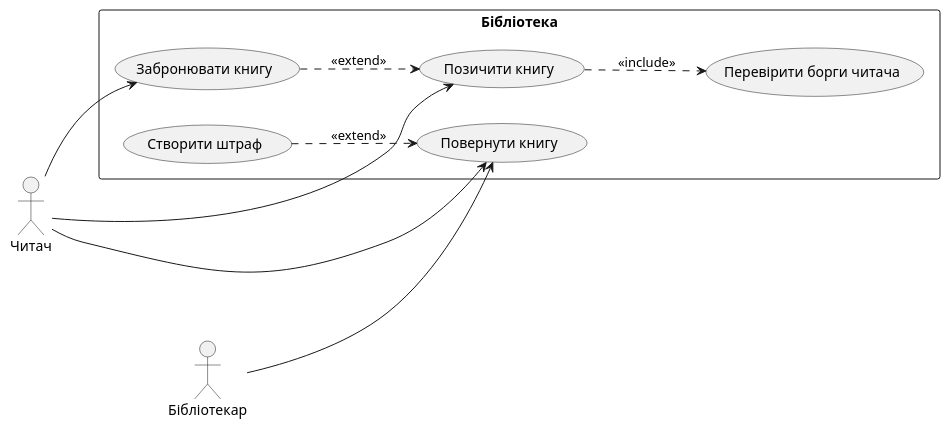
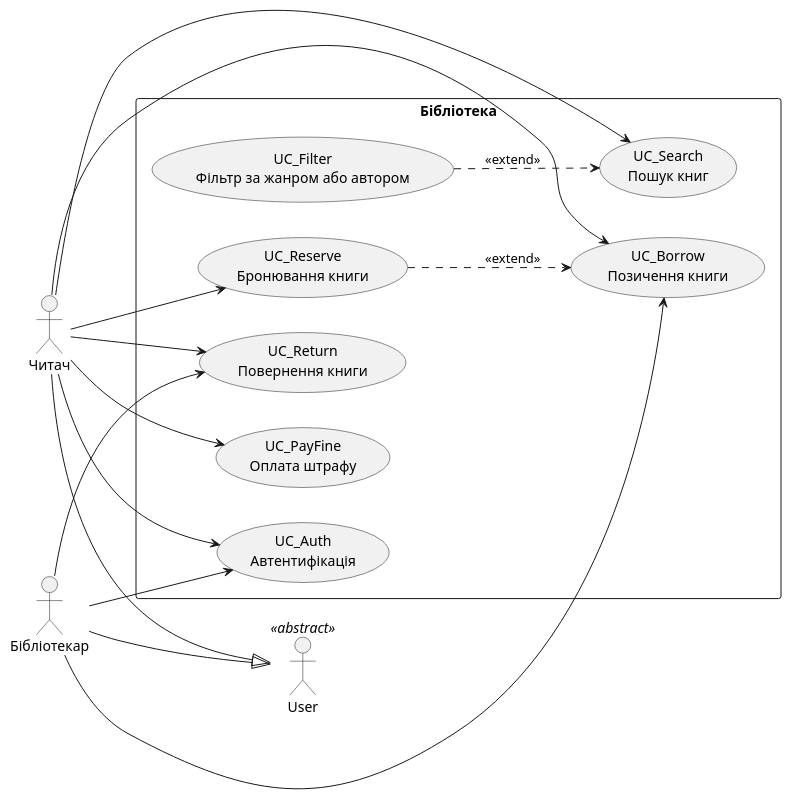
Before and after one commit to veronikapaschenkor29-png/Library-Modeling-and-Analysis-of-Software-Requirements: the diagram in task-2/usecase.puml, drawn with PlantUML. The commit also changed 6 other files, not shown here.

```diff
--- a/task-2/usecase.puml
+++ b/task-2/usecase.puml
@@ -1,24 +1,34 @@
 @startuml use-case
 left to right direction
 skinparam packageStyle rectangle
 
+actor "User" as User <<abstract>>
 actor "Читач" as Reader
 actor "Бібліотекар" as Librarian
 
+Reader --|> User
+Librarian --|> User
+
 rectangle "Бібліотека" {
-  usecase "Позичити книгу" as Borrow
-  usecase "Перевірити борги читача" as CheckDebts
-  usecase "Повернути книгу" as Return
-  usecase "Створити штраф" as CreateFine
-  usecase "Забронювати книгу" as Reserve
+  usecase "UC_Auth\nАвтентифікація" as Auth
+  usecase "UC_Search\nПошук книг" as Search
+  usecase "UC_Filter\nФільтр за жанром або автором" as Filter
+  usecase "UC_Borrow\nПозичення книги" as Borrow
+  usecase "UC_Reserve\nБронювання книги" as Reserve
+  usecase "UC_Return\nПовернення книги" as Return
+  usecase "UC_PayFine\nОплата штрафу" as PayFine
 }
 
+Reader --> Auth
+Reader --> Search
 Reader --> Borrow
+Reader --> Reserve
 Reader --> Return
-Reader --> Reserve
+Reader --> PayFine
 Librarian --> Return
+Librarian --> Borrow
+Librarian --> Auth
 
-Borrow ..> CheckDebts : <<include>>
+Filter ..> Search : <<extend>>
 Reserve ..> Borrow : <<extend>>
-CreateFine ..> Return : <<extend>>
 @enduml
```
